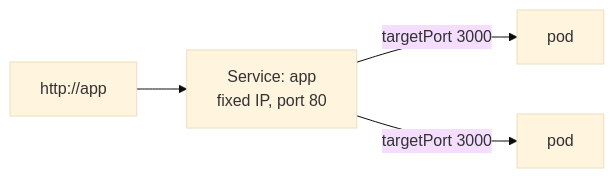
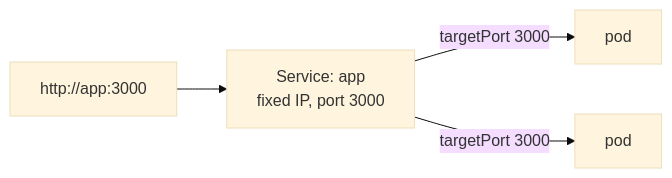
Before and after one commit to Bende-KBB/devops-lab: the third of 3 diagrams in docs/explanation/kubernetes.md, drawn with Mermaid (base theme). The commit also changed 8 other files, not shown here.

````diff
--- a/docs/explanation/kubernetes.md
+++ b/docs/explanation/kubernetes.md
@@ -92,6 +92,6 @@
 ```mermaid
 flowchart LR
-    C["http://app"] --> S["Service: app<br/>fixed IP, port 80"]
+    C["http://app:3000"] --> S["Service: app<br/>fixed IP, port 3000"]
     S -->|"targetPort 3000"| P1["pod"]
     S -->|"targetPort 3000"| P2["pod"]
 ```
````
